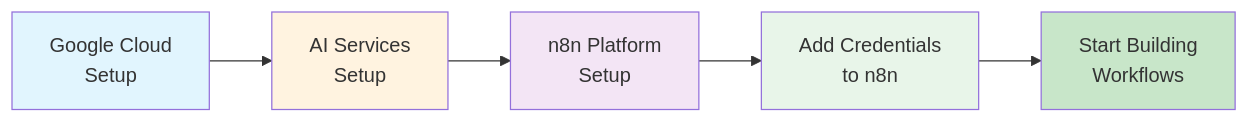
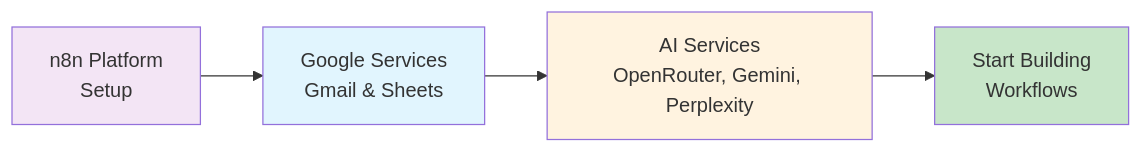
The diagram in docs/common-prerequisites/index.md (LouisChanCLY/automation-exercise), drawn with Mermaid before and after one commit. The commit also changed other lines of this file and 1 other file, not shown here.

First line of the commit message:
docs: Remove redundant credentials page and update setup flow

````diff
--- a/docs/common-prerequisites/index.md
+++ b/docs/common-prerequisites/index.md
@@ -42,13 +41,11 @@
 ```mermaid
 graph LR
-    A[Google Cloud<br/>Setup] --> B[AI Services<br/>Setup]
-    B --> C[n8n Platform<br/>Setup]
-    C --> D[Add Credentials<br/>to n8n]
-    D --> E[Start Building<br/>Workflows]
+    A[n8n Platform<br/>Setup] --> B[Google Services<br/>Gmail & Sheets]
+    B --> C[AI Services<br/>OpenRouter, Gemini, Perplexity]
+    C --> D[Start Building<br/>Workflows]
 
-    style A fill:#e1f5fe
-    style B fill:#fff3e0
-    style C fill:#f3e5f5
-    style D fill:#e8f5e9
-    style E fill:#c8e6c9
+    style A fill:#f3e5f5
+    style B fill:#e1f5fe
+    style C fill:#fff3e0
+    style D fill:#c8e6c9
 ```
````
